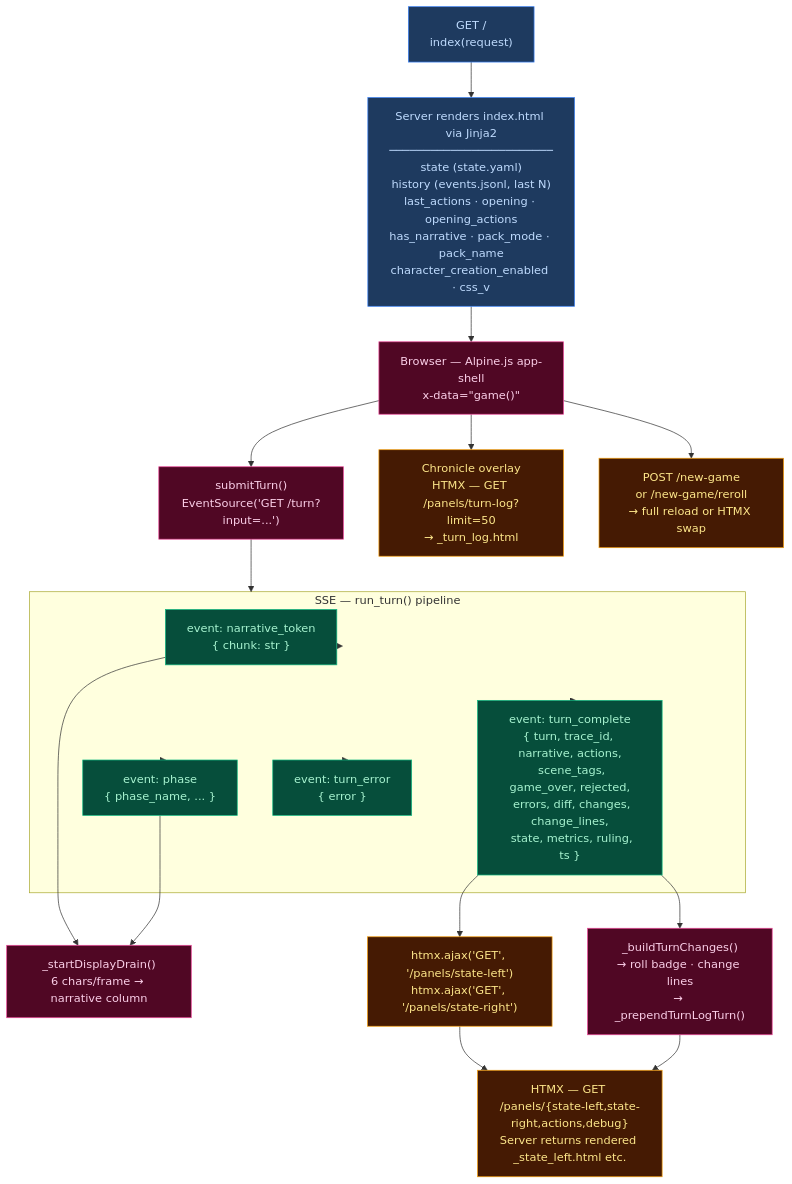
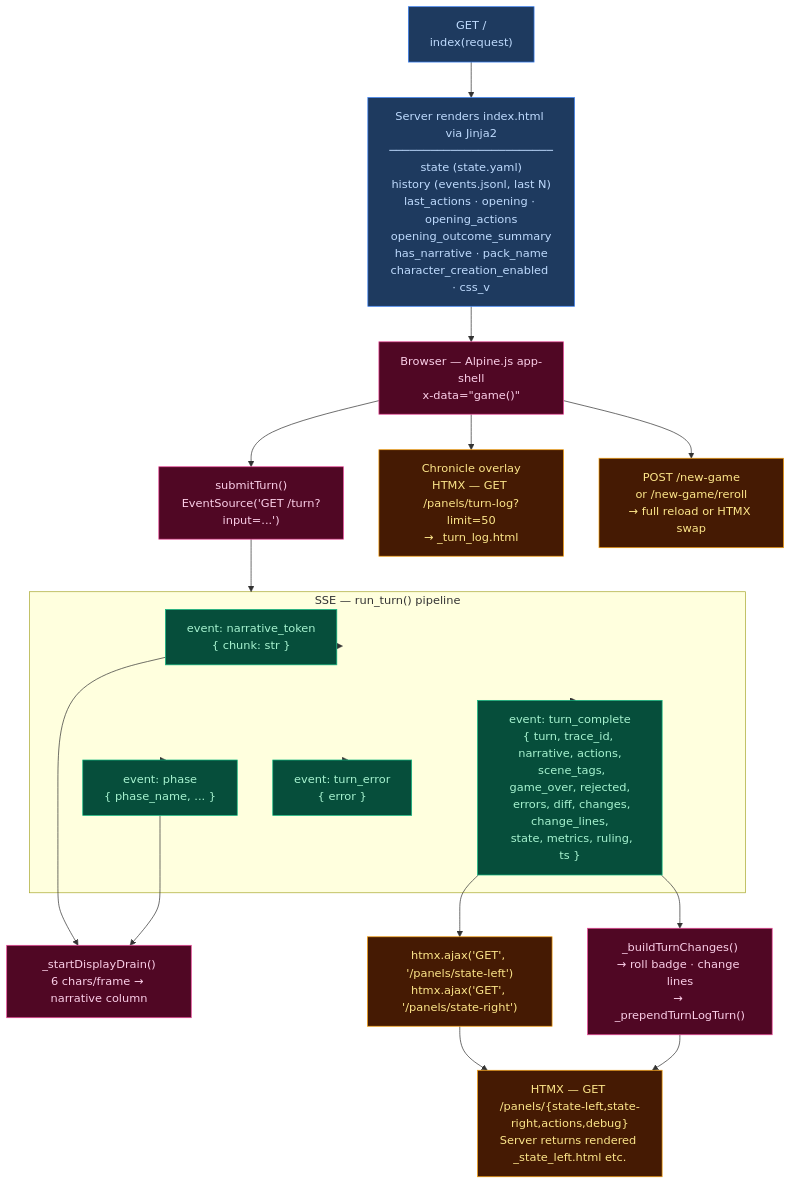
Before and after one commit to pww217/fablethread: the diagram in docs/architecture/narration-ui.md, drawn with Mermaid. The commit also changed 44 other files, not shown here.

````diff
--- a/docs/architecture/narration-ui.md
+++ b/docs/architecture/narration-ui.md
@@ -7,46 +7,46 @@
 ```mermaid
 flowchart TD
     classDef ssr       fill:#1e3a5f,color:#bfdbfe,stroke:#3b82f6
     classDef sse       fill:#064e3b,color:#a7f3d0,stroke:#10b981
     classDef htmx      fill:#451a03,color:#fde68a,stroke:#f59e0b
     classDef alpine    fill:#500724,color:#fbcfe8,stroke:#ec4899
     classDef storage   fill:#0f172a,color:#7dd3fc,stroke:#1e40af
     classDef input     fill:#1f2937,color:#9ca3af,stroke:#4b5563
 
     REQ["GET /<br>index(request)"]:::ssr
-    SSR["Server renders index.html via Jinja2<br>────────────────────────<br>state (state.yaml)<br>history (events.jsonl, last N)<br>last_actions · opening · opening_actions<br>has_narrative · pack_mode · pack_name<br>character_creation_enabled · css_v"]:::ssr
+    SSR["Server renders index.html via Jinja2<br>────────────────────────<br>state (state.yaml)<br>history (events.jsonl, last N)<br>last_actions · opening · opening_actions<br>opening_outcome_summary<br>has_narrative · pack_name<br>character_creation_enabled · css_v"]:::ssr
 
     UI["Browser — Alpine.js app-shell<br>x-data=&quot;game()&quot;"]:::alpine
 
     SUBMIT["submitTurn()<br>EventSource('GET /turn?input=...')"]:::alpine
 
     subgraph STREAM["SSE — run_turn() pipeline"]
         TOK["event: narrative_token<br>{ chunk: str }"]:::sse
         PHASE["event: phase<br>{ phase_name, ... }"]:::sse
         DONE["event: turn_complete<br>{ turn, trace_id, narrative, actions,<br>  scene_tags, game_over, rejected,<br>  errors, diff, changes, change_lines,<br>  state, metrics, ruling, ts }"]:::sse
         ERR["event: turn_error<br>{ error }"]:::sse
     end
 
     DISPLAY["_startDisplayDrain()<br>6 chars/frame → narrative column"]:::alpine
     REFRESH["htmx.ajax('GET', '/panels/state-left')<br>htmx.ajax('GET', '/panels/state-right')"]:::htmx
     CHANGES["_buildTurnChanges()<br>→ roll badge · change lines<br>→ _prependTurnLogTurn()"]:::alpine
 
     SIDEBAR["HTMX — GET /panels/{state-left,state-right,actions,debug}<br>Server returns rendered _state_left.html etc."]:::htmx
 
     CHRON["Chronicle overlay<br>HTMX — GET /panels/turn-log?limit=50<br>→ _turn_log.html"]:::htmx
 
     NEW_GAME["POST /new-game<br>or /new-game/reroll<br>→ full reload or HTMX swap"]:::htmx
 
     REQ --> SSR --> UI
     UI --> SUBMIT
     SUBMIT --> STREAM
     STREAM --> TOK --> DISPLAY
     STREAM --> PHASE --> DISPLAY
     STREAM --> DONE --> REFRESH
     DONE --> CHANGES
     REFRESH --> SIDEBAR
     CHANGES --> SIDEBAR
     STREAM --> ERR
     UI --> CHRON
     UI --> NEW_GAME
 ```
````
